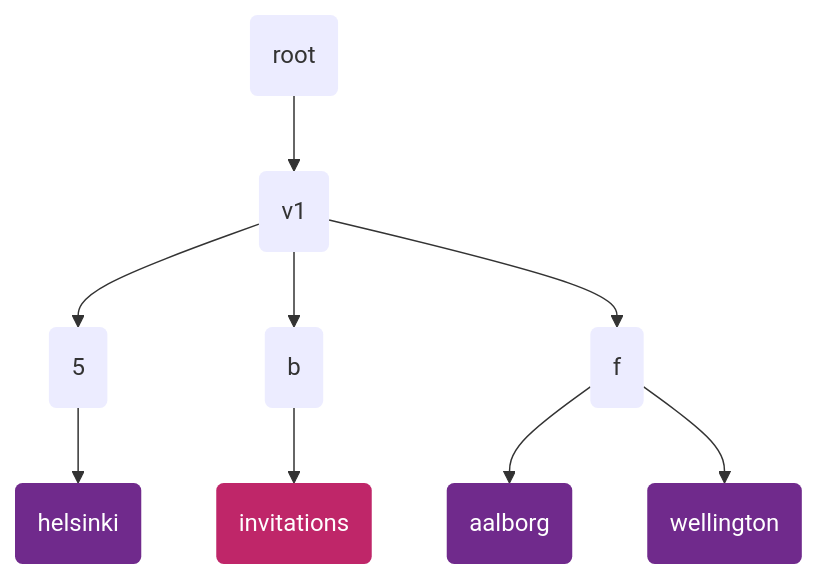
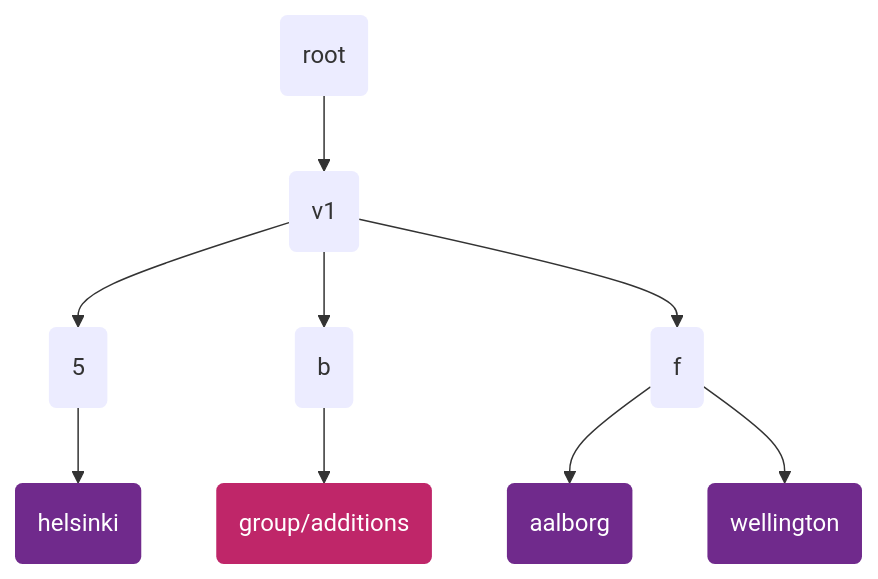
One commit to ssbc/ssb-meta-feeds-group-spec changed the first of 4 diagrams in README.md. Above: the diagram before and after it, drawn with Mermaid. The commit also changed other lines of this file, not shown here.

Commit message:
Rename "invitations" to "group/additions" (#9)

````diff
--- a/README.md
+++ b/README.md
@@ -58,20 +58,20 @@
 ```mermaid
 graph TB
 
 root(root)
 v1(v1)
 5(5) & b(b) & f(f)
-invitations(invitations):::groupInvite
+additions(group/additions):::additionsClass
 aalborg(aalborg):::group
 helsinki(helsinki):::group
 wellington(wellington):::group
 
 root --> v1 --> 5 --> helsinki
-         v1 --> b --> invitations
+         v1 --> b --> additions
          v1 --> f --> aalborg
                 f --> wellington
 
 classDef default stroke:none;
-classDef groupInvite fill: #BF2669, stroke:none, color:white;
+classDef additionsClass fill: #BF2669, stroke:none, color:white;
 classDef group fill: #702A8C, stroke: none, color:white;
 ```
````
